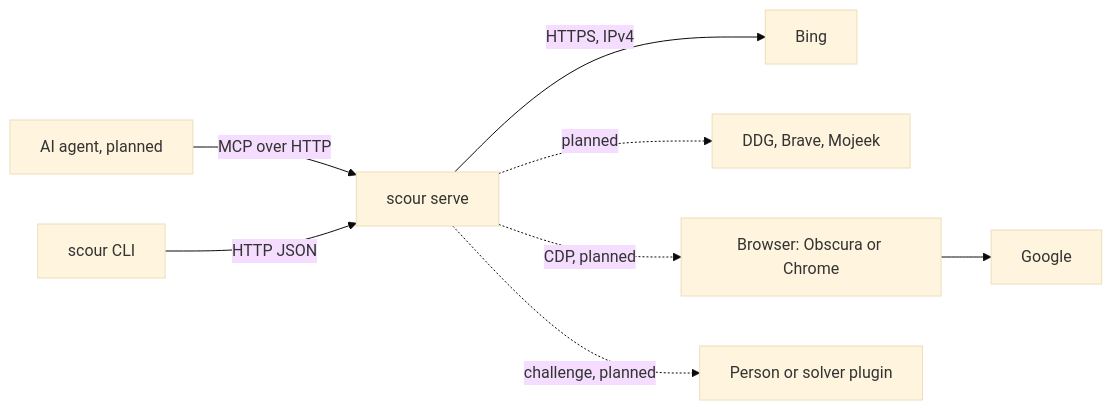
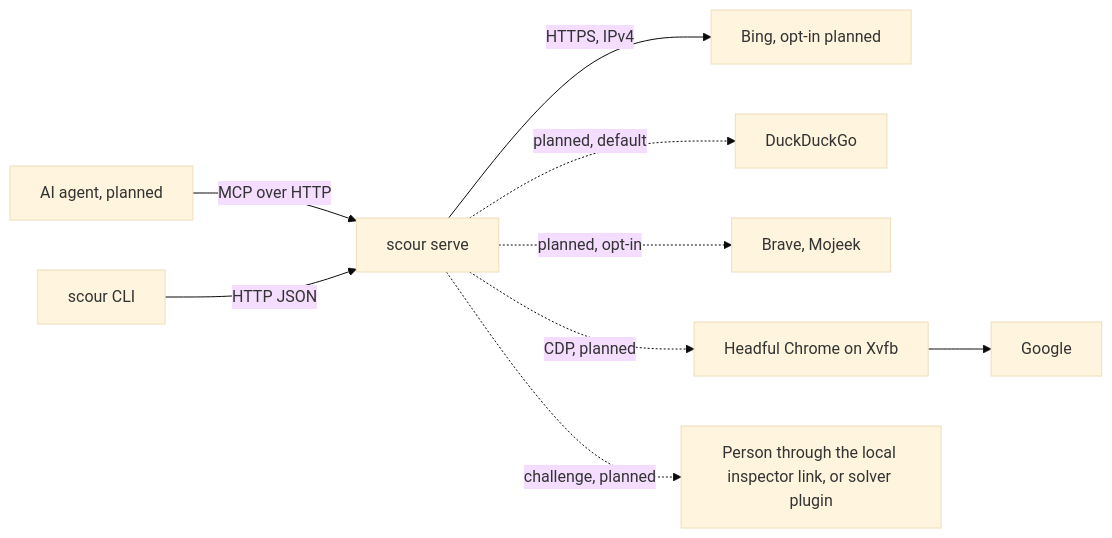
Before and after one commit to shantanugoel/scour: the diagram in docs/architecture.md, drawn with Mermaid (base theme). The commit also changed other lines of this file and 1 other file, not shown here.

First line of the commit message:
forge roadmap: apply spikes #1, #2, #3 to the vision and the architecture

````diff
--- a/docs/architecture.md
+++ b/docs/architecture.md
@@ -14,9 +16,10 @@
 ```mermaid
 flowchart LR
   agent[AI agent, planned] -- MCP over HTTP --> d[scour serve]
   cli[scour CLI] -- HTTP JSON --> d
-  d -- HTTPS, IPv4 --> bing[Bing]
-  d -. planned .-> eng[DDG, Brave, Mojeek]
-  d -. CDP, planned .-> br[Browser: Obscura or Chrome] --> g[Google]
-  d -. challenge, planned .-> sol[Person or solver plugin]
+  d -- HTTPS, IPv4 --> bing[Bing, opt-in planned]
+  d -. planned, default .-> ddg[DuckDuckGo]
+  d -. planned, opt-in .-> eng[Brave, Mojeek]
+  d -. CDP, planned .-> br[Headful Chrome on Xvfb] --> g[Google]
+  d -. challenge, planned .-> sol[Person through the local inspector link, or solver plugin]
 ```
````
